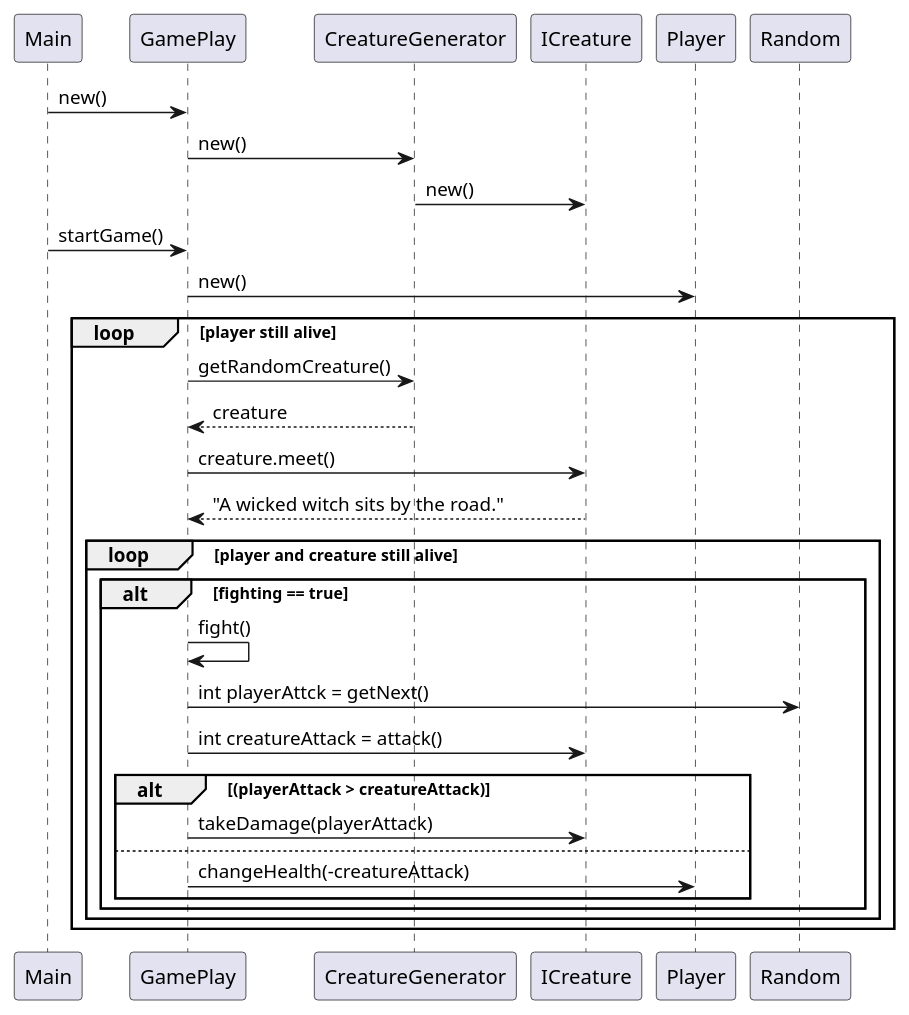
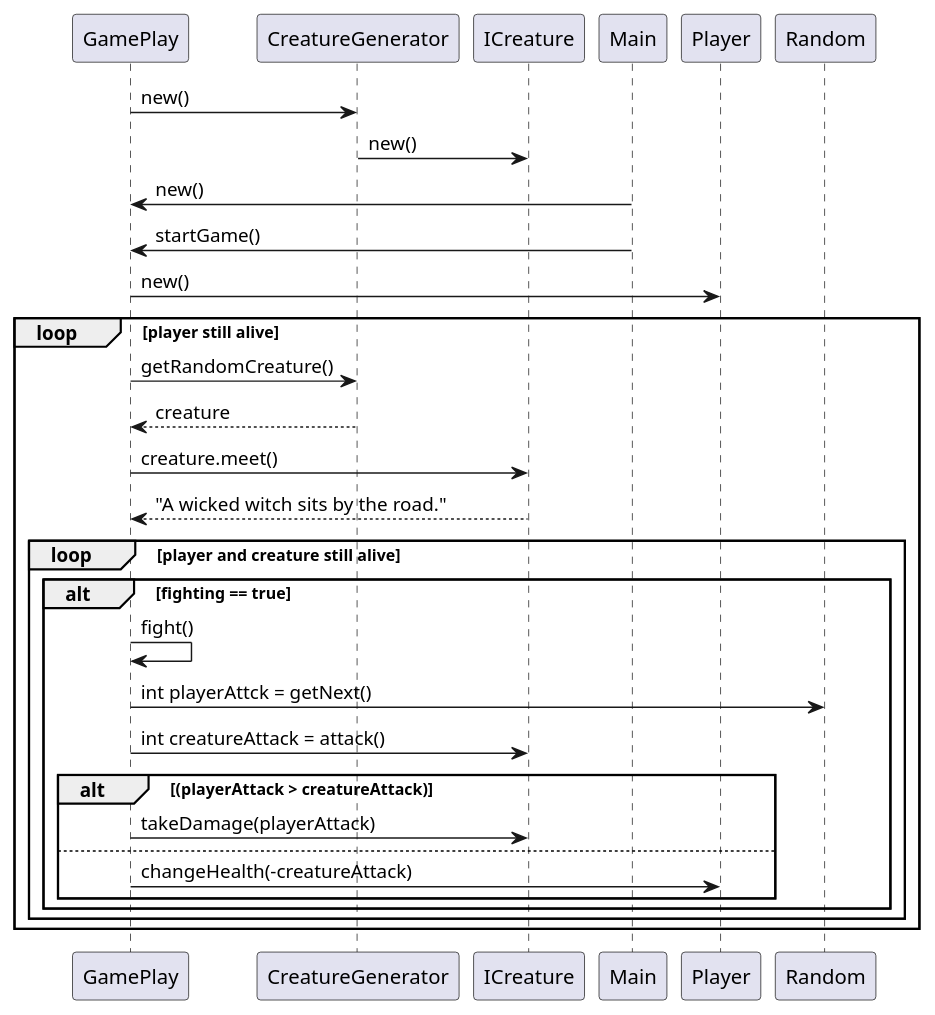
The diagram in Doc/gameplay_sequence.puml (stinetorndal/PolymorphicGame), drawn with PlantUML before and after one commit. The commit also changed 6 other files, not shown here.

Commit message:
sequencediagram

```diff
--- a/Doc/gameplay_sequence.puml
+++ b/Doc/gameplay_sequence.puml
@@ -1,43 +1,44 @@
 @startuml
 'https://plantuml.com/sequence-diagram
 
-
+'allerede når GamePlay loader instansieres CreatureGenerator
+GamePlay -> CreatureGenerator: new()
+CreatureGenerator-> ICreature: new()
 
 Main -> GamePlay:new()
-GamePlay -> CreatureGenerator: new()
-CreatureGenerator-> ICreature: new()
+
 
 Main -> GamePlay:startGame()
 
 GamePlay -> Player: new()
 
 loop player still alive
 
 GamePlay -> CreatureGenerator: getRandomCreature()
 CreatureGenerator--> GamePlay: creature
 GamePlay -> ICreature: creature.meet()
 ICreature -->GamePlay: "A wicked witch sits by the road."
 
     loop player and creature still alive
 
         alt fighting == true
         GamePlay -> GamePlay: fight()
         GamePlay -> Random: int playerAttck = getNext()
         GamePlay -> ICreature: int creatureAttack = attack()
             alt (playerAttack > creatureAttack)
             GamePlay -> ICreature: takeDamage(playerAttack)
             else
             GamePlay -> Player: changeHealth(-creatureAttack)
             end
 
         end
         ' end fight coice
 
     end
 ' end fight loop
 
 end
 ' end meet creature loop
 
 
 @enduml
```
